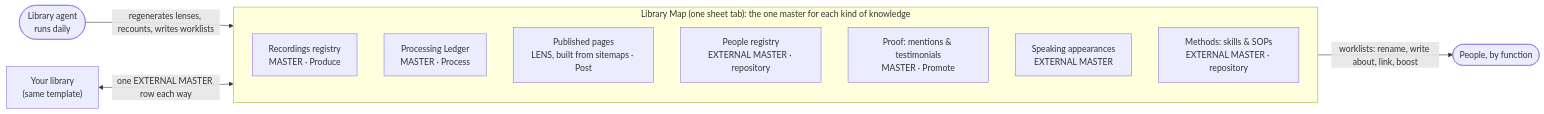
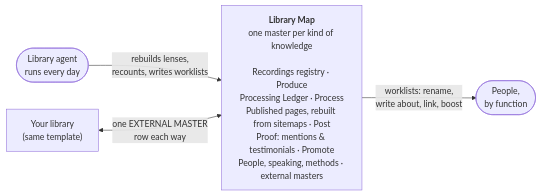
The diagram in docs/content-library/README.md (dennisyu/local-service-spotlight-skills), drawn with Mermaid before and after one commit.

Commit message:
docs/content-library: compact, readable hub diagram
The first diagram rendered as one long strip; this one keeps the map, the
daily agent, the team and a spoke library on one readable card.

Claude-Session: https://claude.ai/code/session_01Hbb2pZQ8sTPhVWih3f88RS

````diff
--- a/docs/content-library/README.md
+++ b/docs/content-library/README.md
@@ -5,16 +5,7 @@
 ```mermaid
 flowchart LR
-  subgraph HUB["Library Map (one sheet tab): the one master for each kind of knowledge"]
-    direction TB
-    REC["Recordings registry<br/>MASTER · Produce"]
-    LED["Processing Ledger<br/>MASTER · Process"]
-    PUB["Published pages<br/>LENS, built from sitemaps · Post"]
-    PPL["People registry<br/>EXTERNAL MASTER · repository"]
-    PRF["Proof: mentions & testimonials<br/>MASTER · Promote"]
-    SPK["Speaking appearances<br/>EXTERNAL MASTER"]
-    MTH["Methods: skills & SOPs<br/>EXTERNAL MASTER · repository"]
-  end
-  AGENT(["Library agent<br/>runs daily"]) -->|regenerates lenses, recounts, writes worklists| HUB
-  HUB -->|worklists: rename, write about, link, boost| TEAM(["People, by function"])
-  SPOKE["Your library<br/>(same template)"] <-->|one EXTERNAL MASTER row each way| HUB
+  AGENT(["Library agent<br/>runs every day"]) -->|"rebuilds lenses,<br/>recounts, writes worklists"| MAP
+  MAP["<b>Library Map</b><br/>one master per kind of knowledge<br/><br/>Recordings registry · Produce<br/>Processing Ledger · Process<br/>Published pages, rebuilt from sitemaps · Post<br/>Proof: mentions & testimonials · Promote<br/>People, speaking, methods · external masters"]
+  MAP -->|"worklists: rename,<br/>write about, link, boost"| TEAM(["People,<br/>by function"])
+  SPOKE["Your library<br/>(same template)"] <-->|"one EXTERNAL MASTER<br/>row each way"| MAP
 ```
````
